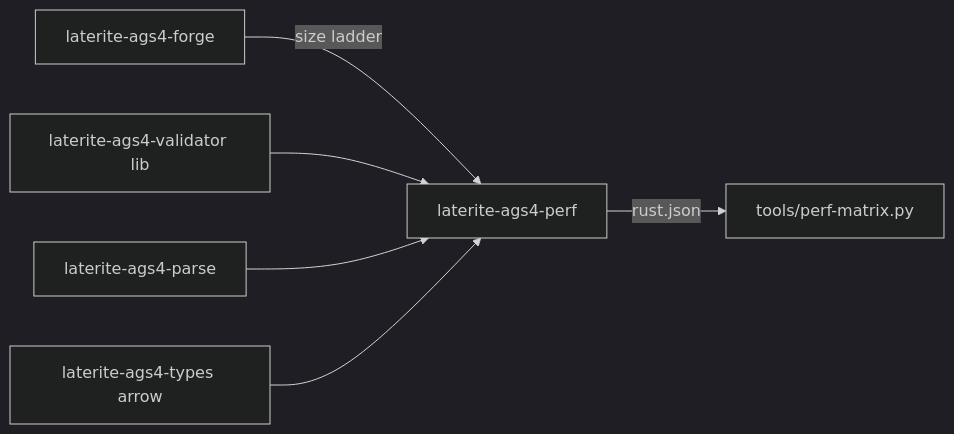
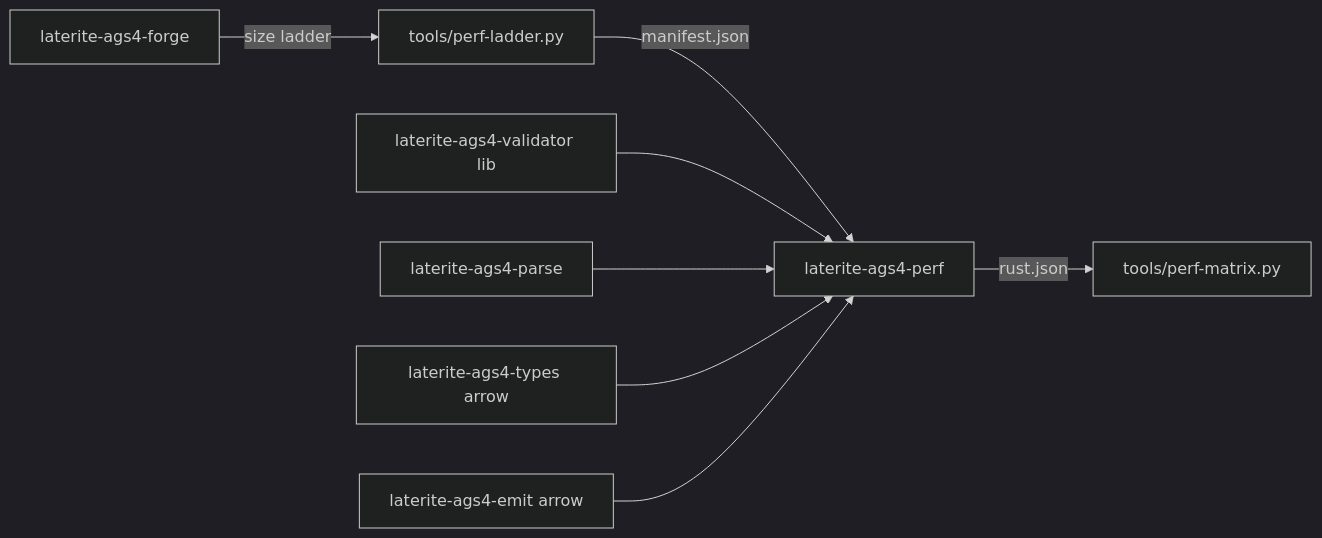
Before and after one commit to niko86/laterite: the diagram in ags-wiki/tools/laterite-ags4-perf.md, drawn with Mermaid (dark theme). The commit also changed other lines of this file and 9 other files, not shown here.

````diff
--- a/ags-wiki/tools/laterite-ags4-perf.md
+++ b/ags-wiki/tools/laterite-ags4-perf.md
@@ -61,8 +80,10 @@
 ```mermaid
 flowchart LR
-  forge[laterite-ags4-forge] -->|size ladder| perf[laterite-ags4-perf]
+  forge[laterite-ags4-forge] -->|size ladder| ladder[tools/perf-ladder.py]
+  ladder -->|manifest.json| perf[laterite-ags4-perf]
   val[laterite-ags4-validator lib] --> perf
   parse[laterite-ags4-parse] --> perf
   types[laterite-ags4-types arrow] --> perf
+  emit[laterite-ags4-emit arrow] --> perf
   perf -->|rust.json| matrix[tools/perf-matrix.py]
 ```
````
